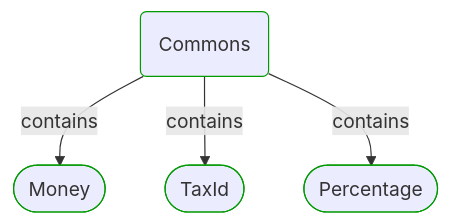
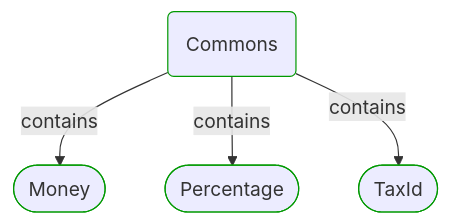
One commit to itlibrium/DDD-starter-dotnet changed the third of 5 diagrams in Docs/P3/MermaidOutput/Modules/Sales/Commons/Commons.md. Above: the diagram before and after it, drawn with Mermaid. The commit also changed 78 other files, not shown here.

````diff
--- a/Docs/P3/MermaidOutput/Modules/Sales/Commons/Commons.md
+++ b/Docs/P3/MermaidOutput/Modules/Sales/Commons/Commons.md
@@ -45,17 +45,17 @@
 ```mermaid
   flowchart TB
     0(Commons)
     class 0 DomainPerspective
     1([Money])
     class 1 DomainPerspective
     0-->|contains|1
-    2([TaxId])
+    2([Percentage])
     class 2 DomainPerspective
     0-->|contains|2
-    3([Percentage])
+    3([TaxId])
     class 3 DomainPerspective
     0-->|contains|3
     classDef DomainPerspective stroke:#009900
     classDef TechnologyPerspective stroke:#1F41EB
     classDef PeoplePerspective stroke:#FFF014
 ```
````
